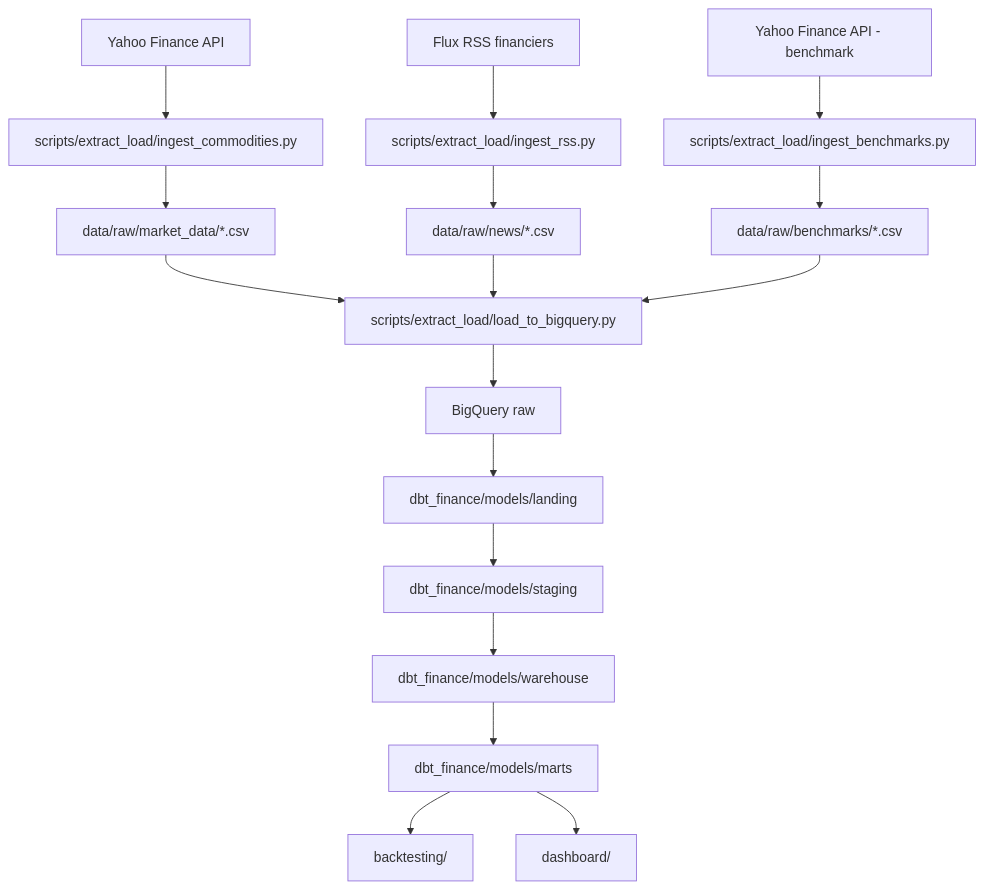
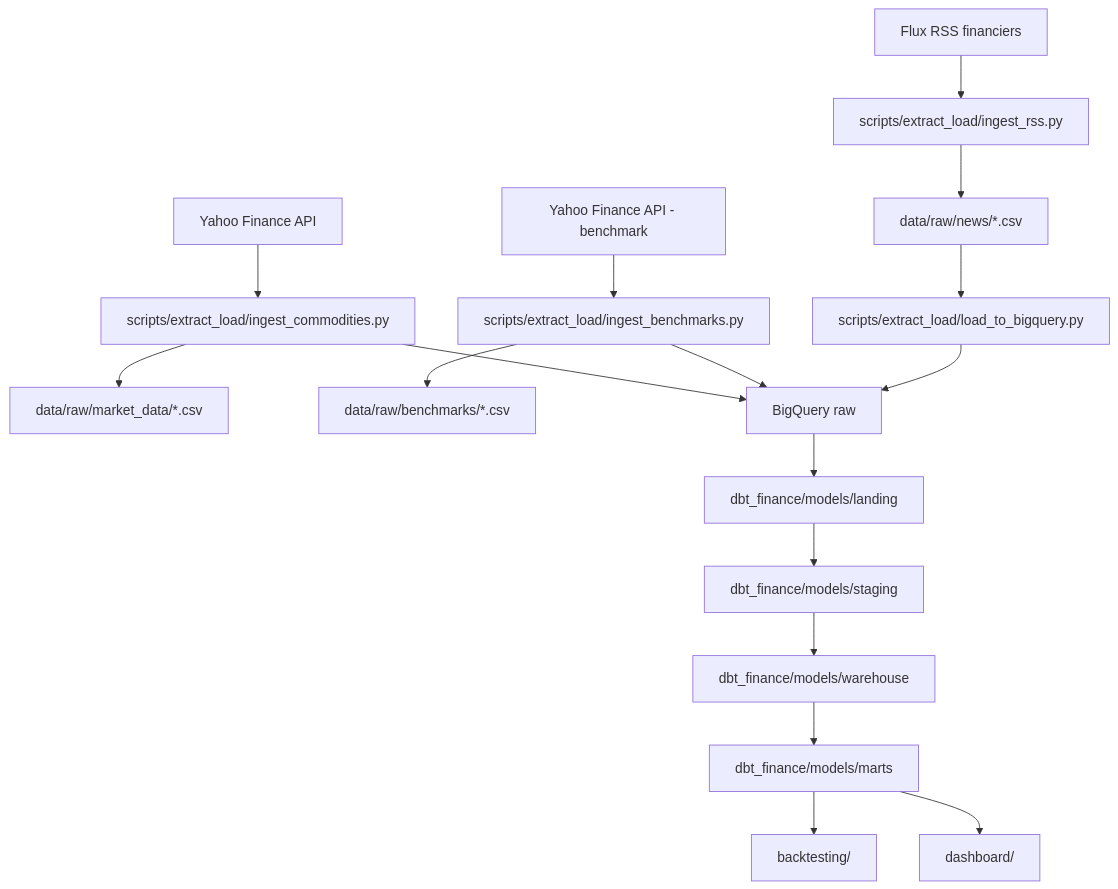
The diagram in docs/flux_donnee.md (Thomasvirzi/Projet-outil-ETL), drawn with Mermaid before and after one commit. The commit also changed other lines of this file and 126 other files, not shown here.

````diff
--- a/docs/flux_donnee.md
+++ b/docs/flux_donnee.md
@@ -21,23 +21,23 @@
 ```mermaid
 flowchart TD
     A["Yahoo Finance API"] --> B["scripts/extract_load/ingest_commodities.py"]
     C["Flux RSS financiers"] --> D["scripts/extract_load/ingest_rss.py"]
     E["Yahoo Finance API - benchmark"] --> F["scripts/extract_load/ingest_benchmarks.py"]
 
     B --> G["data/raw/market_data/*.csv"]
     D --> H["data/raw/news/*.csv"]
     F --> I["data/raw/benchmarks/*.csv"]
 
-    G --> J["scripts/extract_load/load_to_bigquery.py"]
-    H --> J
-    I --> J
+    B --> K["BigQuery raw"]
+    F --> K
+    H --> J["scripts/extract_load/load_to_bigquery.py"]
 
-    J --> K["BigQuery raw"]
+    J --> K
     K --> L["dbt_finance/models/landing"]
     L --> M["dbt_finance/models/staging"]
     M --> N["dbt_finance/models/warehouse"]
     N --> O["dbt_finance/models/marts"]
 
     O --> P["backtesting/"]
     O --> Q["dashboard/"]
 ```
````
